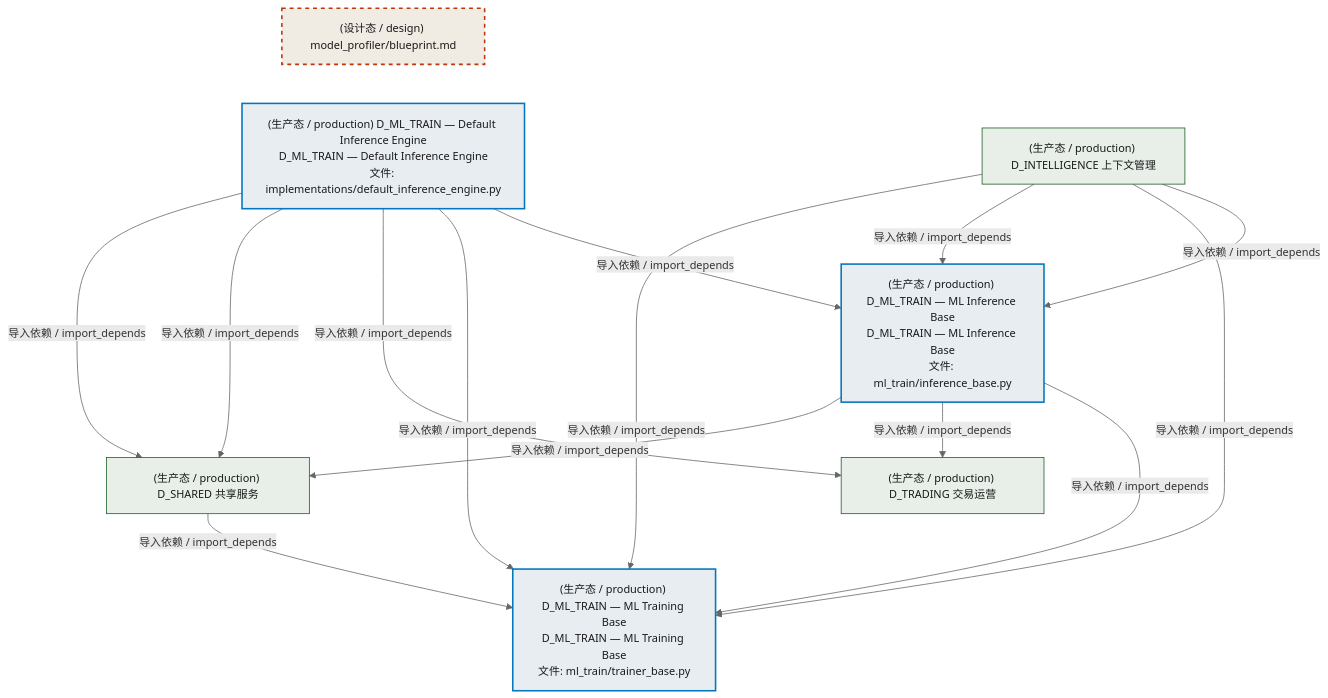
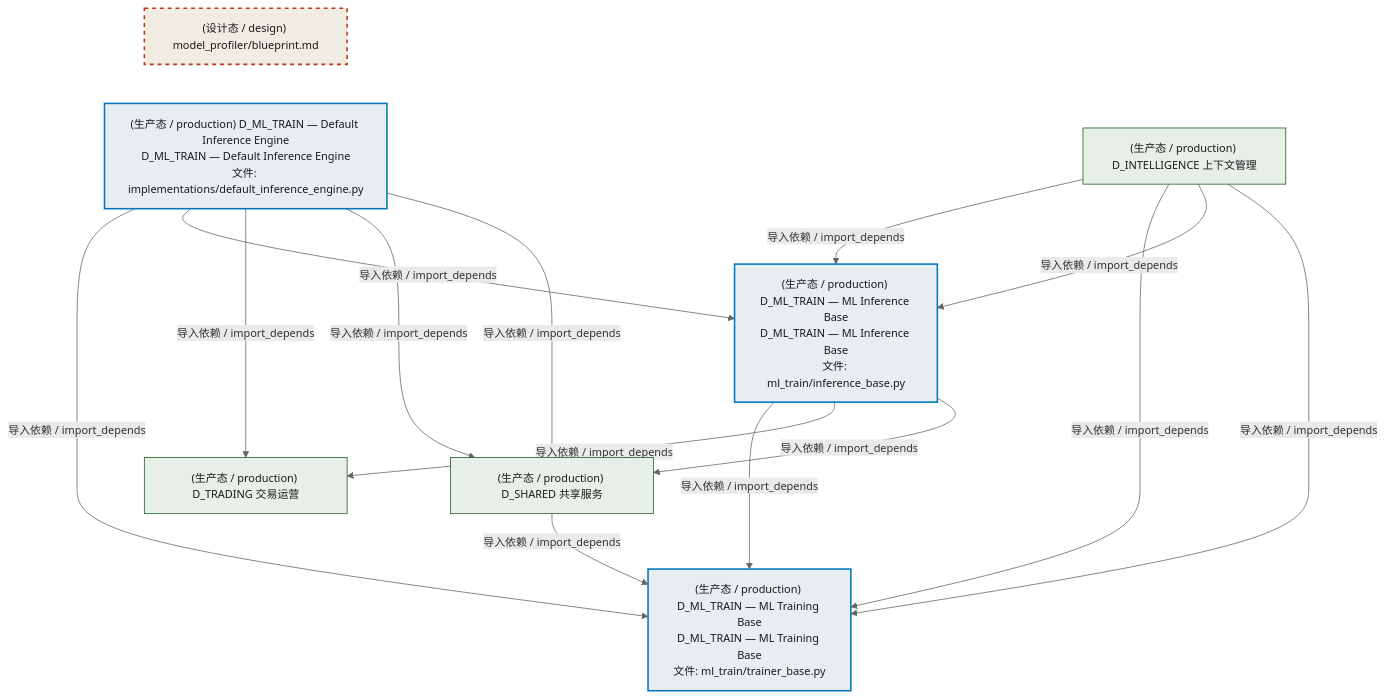
Before and after one commit to xuanFelixVan/ZephyrAlpha: the first of 4 diagrams in docs/02_enterprise_architecture/02_domain_architecture_docs/61_d_ml_train.md, drawn with Mermaid. The commit also changed other lines of this file and 41 other files, not shown here.

````diff
--- a/docs/02_enterprise_architecture/02_domain_architecture_docs/61_d_ml_train.md
+++ b/docs/02_enterprise_architecture/02_domain_architecture_docs/61_d_ml_train.md
@@ -66,32 +66,32 @@
 ```mermaid
 %%{init: {'theme': 'base', 'themeVariables': {'primaryColor': '#eaeaea', 'primaryTextColor': '#333333', 'primaryBorderColor': '#666666', 'lineColor': '#666666', 'secondaryColor': '#eaeaea', 'tertiaryColor': '#eaeaea', 'fontSize': '14px'}}}%%
 flowchart TD
     docs_03_modules_cross_layer_model_profiler_blueprint_md["(设计态 / design) model_profiler/blueprint.md"]
     src_zephyr_ml_train_implementations_default_inference_engine_py["(生产态 / production) D_ML_TRAIN — Default Inference Engine<br/>D_ML_TRAIN — Default Inference Engine<br/>文件: implementations/default_inference_engine.py"]
     docs_03_modules_cross_layer_model_profiler_blueprint_md ~~~ src_zephyr_ml_train_implementations_default_inference_engine_py
     src_zephyr_ml_train_inference_base_py["(生产态 / production) D_ML_TRAIN — ML Inference Base<br/>D_ML_TRAIN — ML Inference Base<br/>文件: ml_train/inference_base.py"]
     src_zephyr_ml_train_trainer_base_py["(生产态 / production) D_ML_TRAIN — ML Training Base<br/>D_ML_TRAIN — ML Training Base<br/>文件: ml_train/trainer_base.py"]
+    src_zephyr_ml_train_implementations_default_inference_engine_py -->|导入依赖 / import_depends| src_zephyr_ml_train_trainer_base_py
+    src_zephyr_ml_train_implementations_default_inference_engine_py -->|导入依赖 / import_depends| src_zephyr_ml_train_inference_base_py
     src_zephyr_ml_train_inference_base_py -->|导入依赖 / import_depends| src_zephyr_ml_train_trainer_base_py
-    src_zephyr_ml_train_implementations_default_inference_engine_py -->|导入依赖 / import_depends| src_zephyr_ml_train_inference_base_py
-    src_zephyr_ml_train_implementations_default_inference_engine_py -->|导入依赖 / import_depends| src_zephyr_ml_train_trainer_base_py
     D_TRADING["(生产态 / production) D_TRADING 交易运营"]
     src_zephyr_ml_train_inference_base_py -->|导入依赖 / import_depends| D_TRADING
     src_zephyr_ml_train_implementations_default_inference_engine_py -->|导入依赖 / import_depends| D_TRADING
     D_SHARED["(生产态 / production) D_SHARED 共享服务"]
     src_zephyr_ml_train_inference_base_py -->|导入依赖 / import_depends| D_SHARED
     src_zephyr_ml_train_implementations_default_inference_engine_py -->|导入依赖 / import_depends| D_SHARED
     src_zephyr_ml_train_implementations_default_inference_engine_py -->|导入依赖 / import_depends| D_SHARED
     D_INTELLIGENCE["(生产态 / production) D_INTELLIGENCE 上下文管理"]
     D_INTELLIGENCE -->|导入依赖 / import_depends| src_zephyr_ml_train_inference_base_py
     D_INTELLIGENCE -->|导入依赖 / import_depends| src_zephyr_ml_train_trainer_base_py
     D_SHARED -->|导入依赖 / import_depends| src_zephyr_ml_train_trainer_base_py
     D_INTELLIGENCE -->|导入依赖 / import_depends| src_zephyr_ml_train_inference_base_py
     D_INTELLIGENCE -->|导入依赖 / import_depends| src_zephyr_ml_train_trainer_base_py
     classDef production fill:#e8edf2,stroke:#0277bd,stroke-width:2px,color:#1a1a1a
     classDef design fill:#f0ebe3,stroke:#bf360c,stroke-width:2px,color:#1a1a1a,stroke-dasharray: 5 5
     classDef external_prod fill:#e8efe9,stroke:#1b5e20,stroke-width:1px,color:#1a1a1a
     classDef external_design fill:#efe5ea,stroke:#880e4f,stroke-width:1px,color:#1a1a1a,stroke-dasharray: 5 5
     class src_zephyr_ml_train_implementations_default_inference_engine_py,src_zephyr_ml_train_inference_base_py,src_zephyr_ml_train_trainer_base_py production
     class docs_03_modules_cross_layer_model_profiler_blueprint_md design
     class D_TRADING,D_SHARED,D_INTELLIGENCE external_prod
 ```
````
